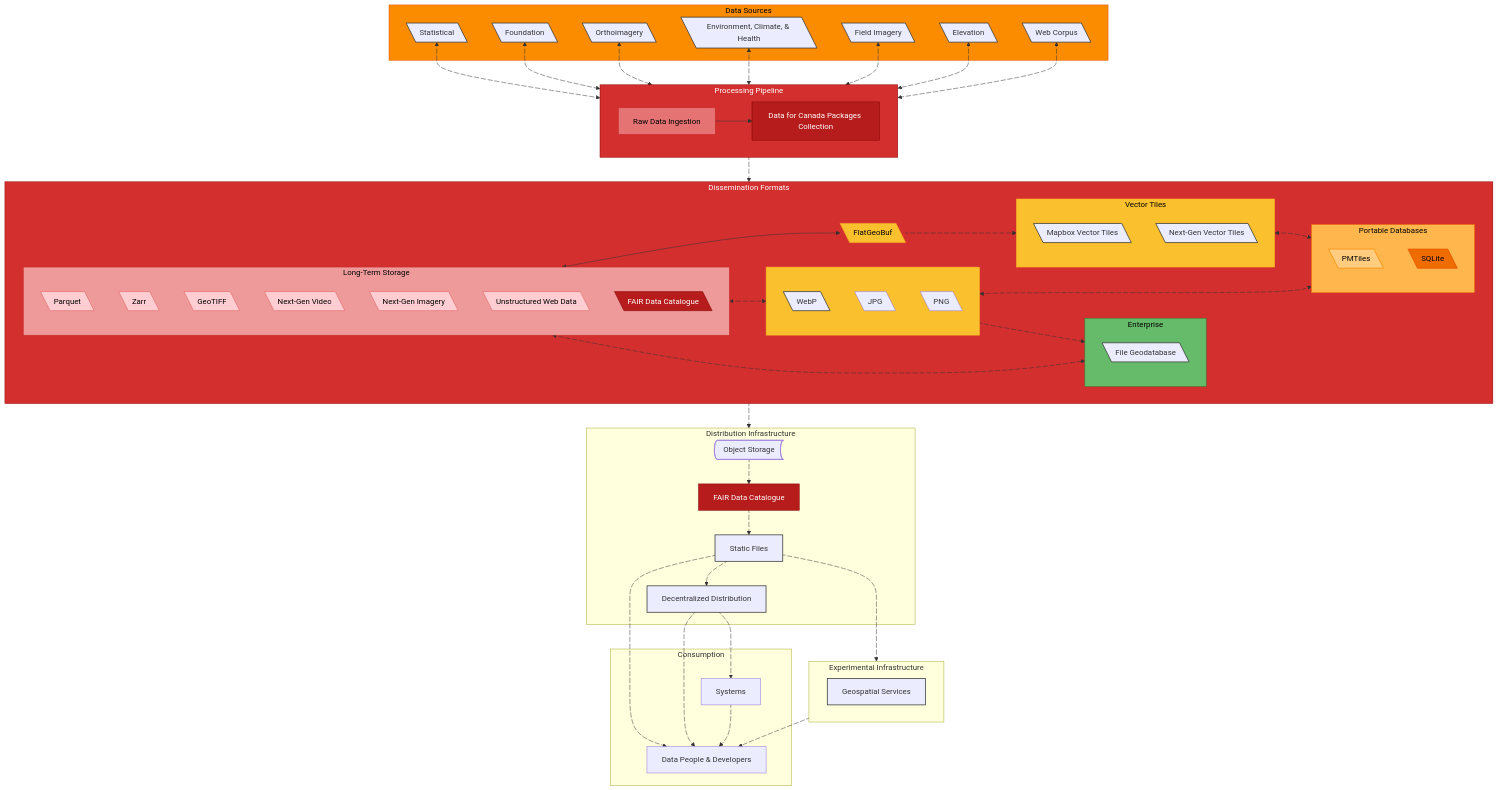
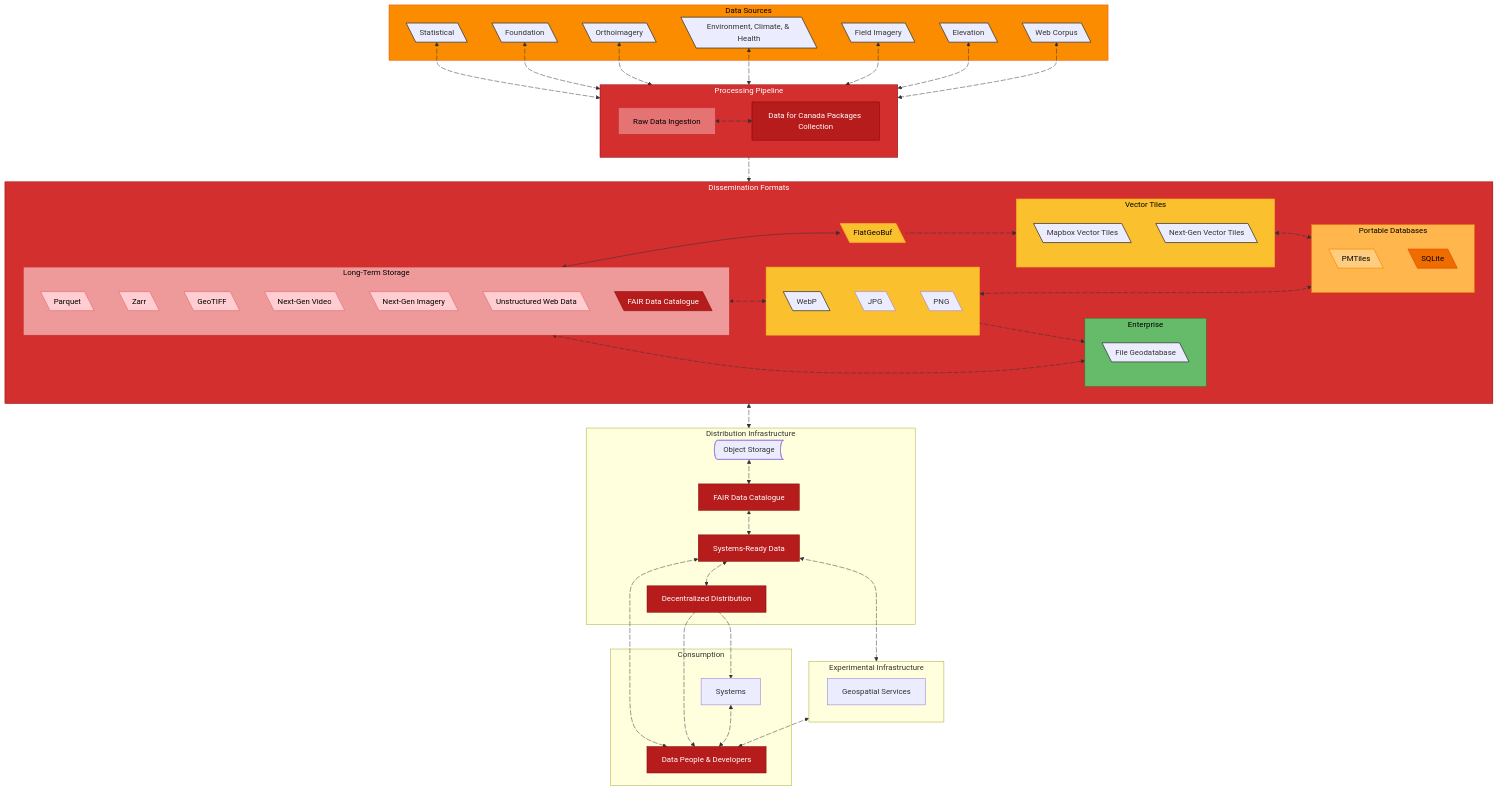
Before and after one commit to dataforcanada/www.dataforcanada.org: the diagram in content/_index.md, drawn with Mermaid.

Commit message:
Standardize terminology and color code priorities. High-level overview diagram on homepage still needs  lots of work

```diff
--- a/content/_index.md
+++ b/content/_index.md
@@ -88,7 +88,8 @@
         DataforCanadaPackagesCollection@{ shape: rect, label: "Data for Canada Packages Collection"}
         Raw@{ shape: rect, label: "Raw Data Ingestion"}
         %% Internal Link
-        Raw --> DataforCanadaPackagesCollection
+        Raw a1000@ <--> DataforCanadaPackagesCollection
+        a1000@{animate: true, animation: slow}
     end
 
     %% ---------------------------------------------------------
@@ -141,7 +142,7 @@
     subgraph di [Distribution Infrastructure]
         ObjectStorage@{ shape: bow-rect, label: "Object Storage"}
         Metadata@{ shape: rect, label: "FAIR Data Catalogue"}
-        HTTP@{ shape: rect, label: "Static Files"}
+        HTTP@{ shape: rect, label: "Systems-Ready Data"}
         DecentralizedDistribution@{ shape: rect, label: "Decentralized Distribution"}
     end
 
@@ -212,20 +213,20 @@
     a102@{animate: true, animation: slow}
 
     %% Dissemination Formats --> Distribution Infrastructure
-    df a13@--> di
+    df a13@<--> di
     a13@{animate: true, animation: slow}
 
     %% Distribution Infrastructure Flow
-    ObjectStorage a15@--> Metadata
+    ObjectStorage a15@<--> Metadata
     a15@{animate: true, animation: slow}
-    Metadata a16@--> HTTP
+    Metadata a16@<--> HTTP
     a16@{animate: true, animation: slow}
     
-    HTTP a17@--> ei
+    HTTP a17@<--> ei
     a17@{animate: true, animation: slow}
-    HTTP a18@--> DecentralizedDistribution
+    HTTP a18@<--> DecentralizedDistribution
     a18@{animate: true, animation: slow}
-    HTTP a19@--> DataSci
+    HTTP a19@<--> DataSci
     a19@{animate: true, animation: slow}
     
     DecentralizedDistribution a20@--> Systems
@@ -233,9 +234,9 @@
     DecentralizedDistribution a21@--> DataSci
     a21@{animate: true, animation: fast}
     
-    Systems a22@ --> DataSci
+    Systems a22@ <--> DataSci
     a22@{animate: true, animation: fast}
-    ei a23@ --> DataSci
+    ei a23@ <--> DataSci
     a23@{animate: true, animation: slow}
 
     %% =========================================================
@@ -247,6 +248,8 @@
 style pp fill:#D32F2F,stroke:#8E0000,color:#FFFFFF
 style DataforCanadaPackagesCollection fill:#B71C1C,stroke:#7F0000,color:#FFFFFF
 style FAIRDataDis fill:#B71C1C,stroke:#7F0000,color:#FFFFFF
+style DecentralizedDistribution fill:#B71C1C,stroke:#7F0000,color:#FFFFFF
+style HTTP fill:#B71C1C,stroke:#7F0000,color:#FFFFFF
 style Metadata fill:#B71C1C,stroke:#7F0000,color:#FFFFFF
 style Raw fill:#E57373,stroke:#C62828,color:#000000
 
@@ -272,10 +275,10 @@
 style visuals fill:#FBC02D,stroke:#F9A825,color:#000000
 
 style ent fill:#66BB6A,stroke:#2E7D32,color:#000000
+style DataSci fill:#B71C1C,stroke:#7F0000,color:#FFFFFF
 
 class Foundation,Statistical,Orthoimagery,FieldImagery,EnvironmentClimate,Elevation,WebCorpus linkNode
 class Parquet,FlatGeoBuf,SQLite,FileGeodatabase,VectorTiles,NextGenVectorTiles,GeoTIFF,Zarr,WebP,PMTiles,JPEGXL,AV1,WARC linkNode
-class DecentralizedDistribution,HTTP,GeoSpatialServices linkNode
 
     %% =========================================================
     %% CLICK ACTIONS
@@ -305,7 +308,7 @@
     click WARC "https://github.com/iipc/warc-specifications/" _blank
     click FAIRDataDis "https://stac-utils.github.io/stac-geoparquet/latest/spec/stac-geoparquet-spec/" _blank
 
-    click HTTP "https://www.dataforcanada.org/docs/getting_started/" _blank
+    click HTTP "https://www.dataforcanada.org/docs/" _blank
     click DecentralizedDistribution "https://www.dataforcanada.org/docs/dissemination/" _blank
     click Metadata "https://stac-utils.github.io/stac-geoparquet/latest/spec/stac-geoparquet-spec/" _blank
     click GeoSpatialServices "https://github.com/dataforcanada/geo-services-labs/" _blank
```
